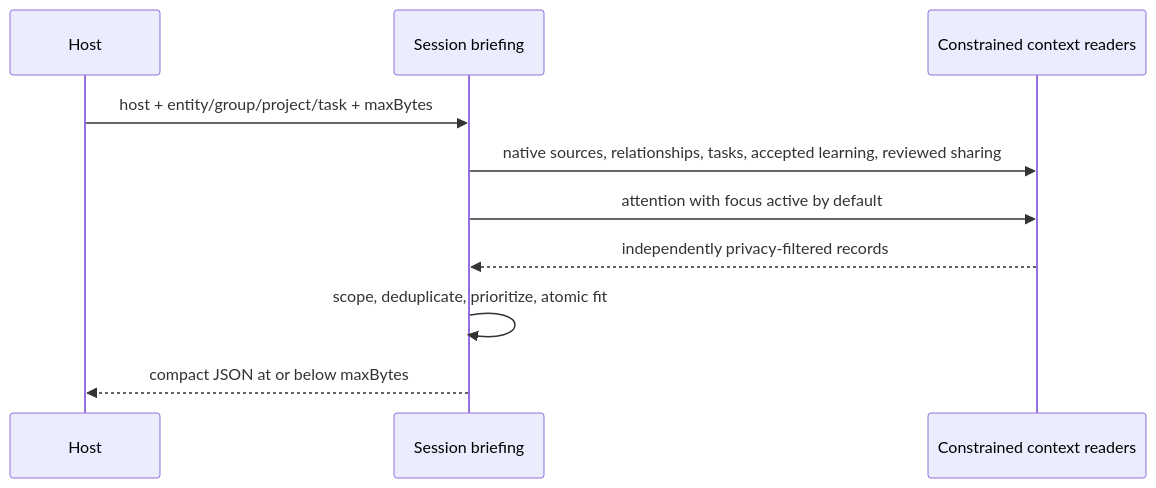
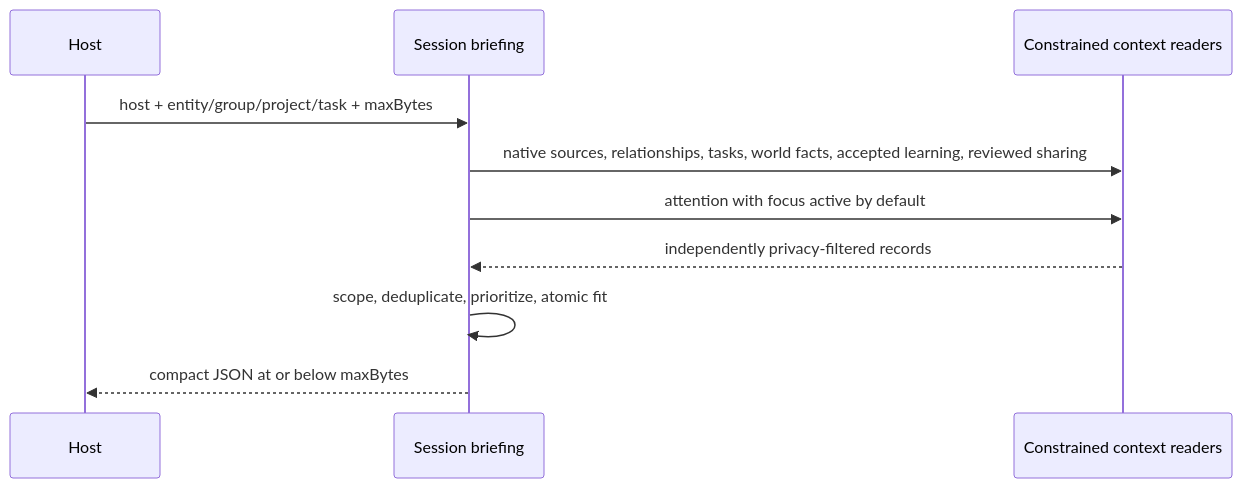
Before and after one commit to Maykbiletti/AgentSpine: the third of 5 diagrams in docs/architecture.md, drawn with Mermaid. The commit also changed other lines of this file and 31 other files, not shown here.

````diff
--- a/docs/architecture.md
+++ b/docs/architecture.md
@@ -67,12 +67,12 @@
 ```mermaid
 sequenceDiagram
     participant H as Host
     participant B as Session briefing
     participant C as Constrained context readers
     H->>B: host + entity/group/project/task + maxBytes
-    B->>C: native sources, relationships, tasks, accepted learning, reviewed sharing
+    B->>C: native sources, relationships, tasks, world facts, accepted learning, reviewed sharing
     B->>C: attention with focus active by default
     C-->>B: independently privacy-filtered records
     B->>B: scope, deduplicate, prioritize, atomic fit
     B-->>H: compact JSON at or below maxBytes
 ```
````
